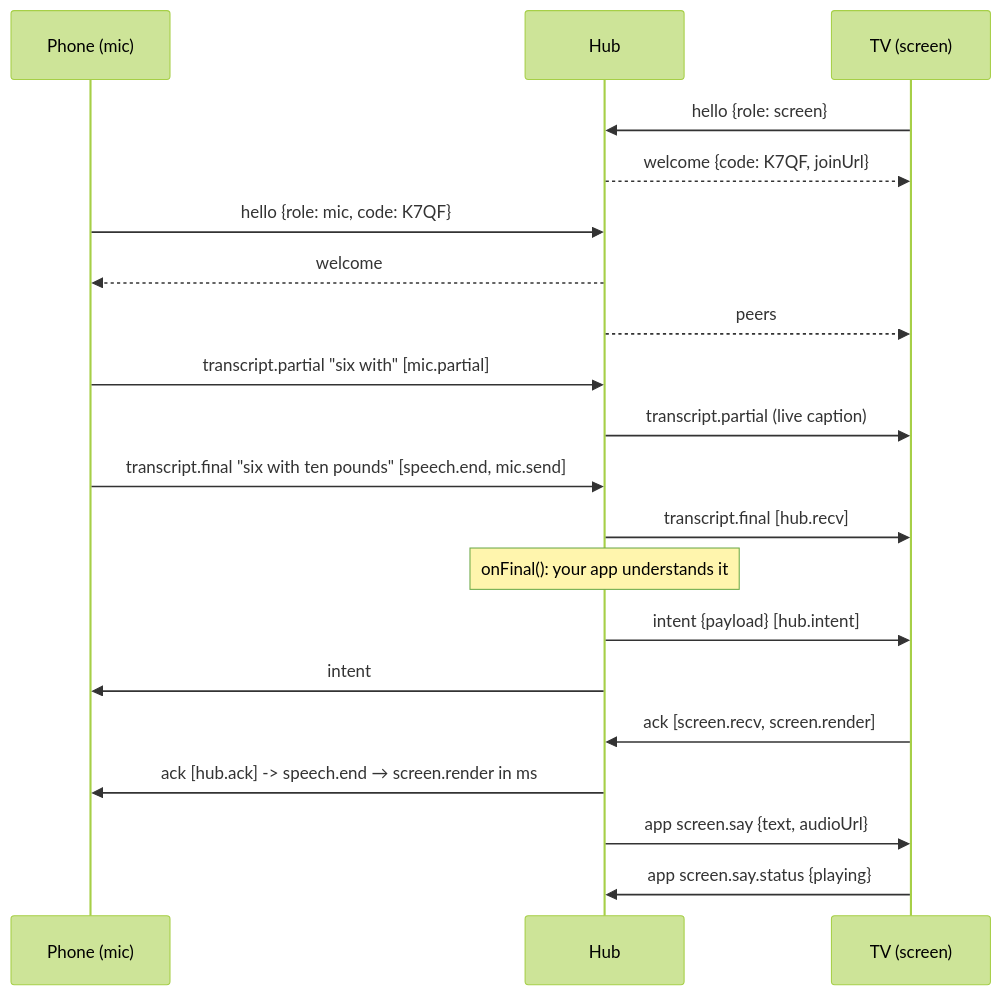
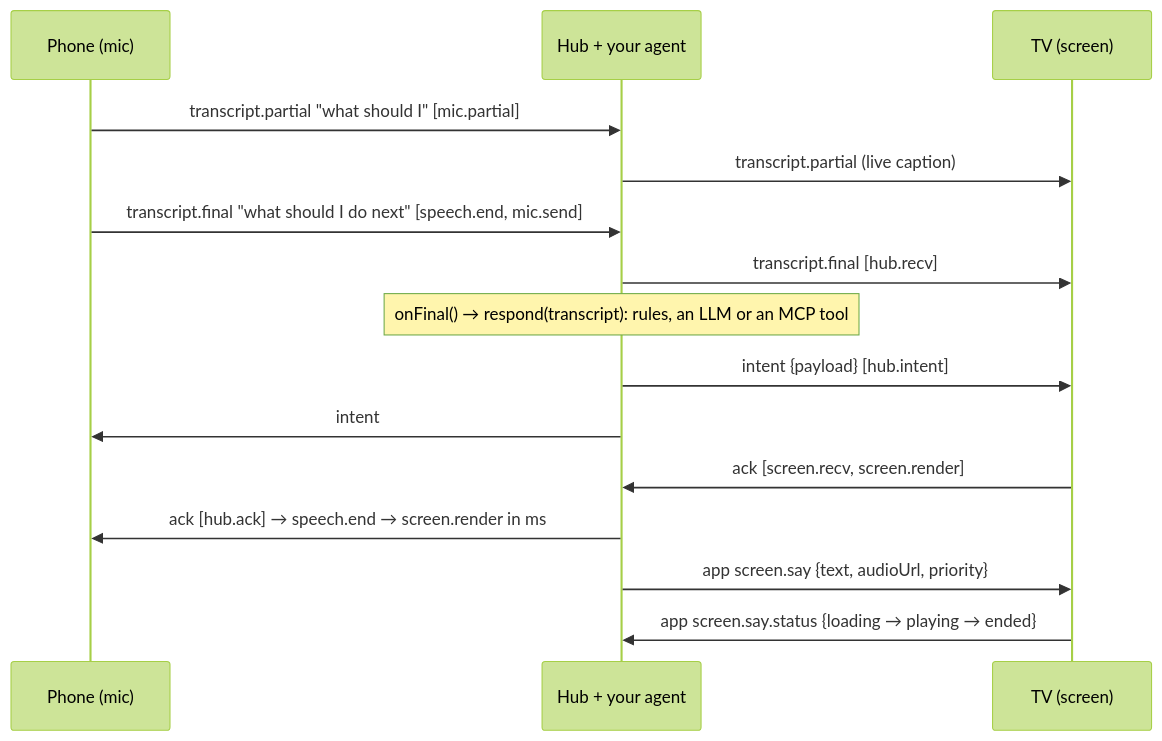
The diagram in README.md (Zen-cronic/vega-voice-bridge), drawn with Mermaid (forest theme) before and after one commit. The commit also changed other lines of this file, not shown here.

````diff
--- a/README.md
+++ b/README.md
@@ -116,22 +20,17 @@
 ```mermaid
 sequenceDiagram
   participant P as Phone (mic)
-  participant H as Hub
+  participant H as Hub + your agent
   participant T as TV (screen)
-  T->>H: hello {role: screen}
-  H-->>T: welcome {code: K7QF, joinUrl}
-  P->>H: hello {role: mic, code: K7QF}
-  H-->>P: welcome
-  H-->>T: peers
-  P->>H: transcript.partial "six with"  [mic.partial]
+  P->>H: transcript.partial "what should I"  [mic.partial]
   H->>T: transcript.partial (live caption)
-  P->>H: transcript.final "six with ten pounds"  [speech.end, mic.send]
+  P->>H: transcript.final "what should I do next"  [speech.end, mic.send]
   H->>T: transcript.final  [hub.recv]
-  Note over H: onFinal(): your app understands it
+  Note over H: onFinal() → respond(transcript): rules, an LLM or an MCP tool
   H->>T: intent {payload}  [hub.intent]
   H->>P: intent
   T->>H: ack  [screen.recv, screen.render]
-  H->>P: ack  [hub.ack]  -> speech.end → screen.render in ms
-  H->>T: app screen.say {text, audioUrl}
-  T->>H: app screen.say.status {playing}
+  H->>P: ack  [hub.ack]  → speech.end → screen.render in ms
+  H->>T: app screen.say {text, audioUrl, priority}
+  T->>H: app screen.say.status {loading → playing → ended}
 ```
````
